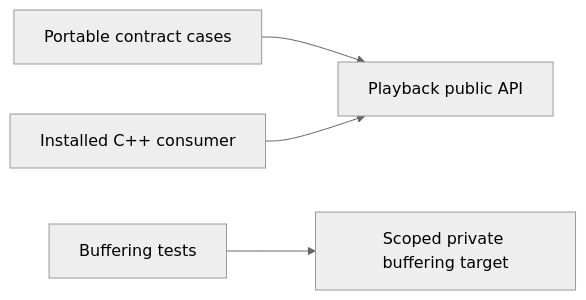
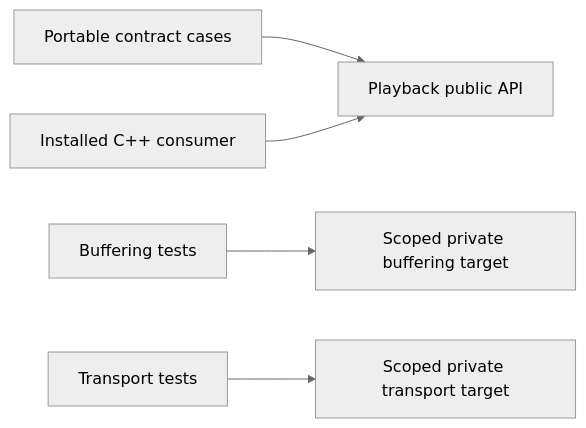
Before and after one commit to Vokerlee/wiola-player: the diagram in src/core/playback/tests/README.md, drawn with Mermaid (neutral theme). The commit also changed other lines of this file and 42 other files, not shown here.

Commit message:
playback: own transport implementation and controlled tests

````diff
--- a/src/core/playback/tests/README.md
+++ b/src/core/playback/tests/README.md
@@ -5,6 +5,7 @@
 ```mermaid
 flowchart LR
     Cases[Portable contract cases] --> API[Playback public API]
     Consumer[Installed C++ consumer] --> API
     Buffering[Buffering tests] --> Private[Scoped private buffering target]
+    Transport[Transport tests] --> Protocol[Scoped private transport target]
 ```
````
